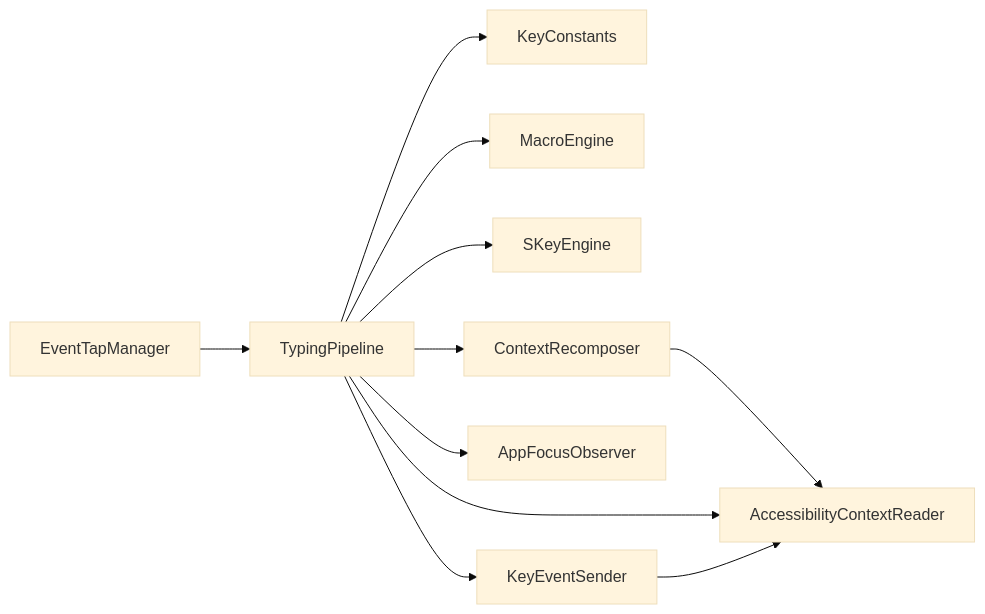
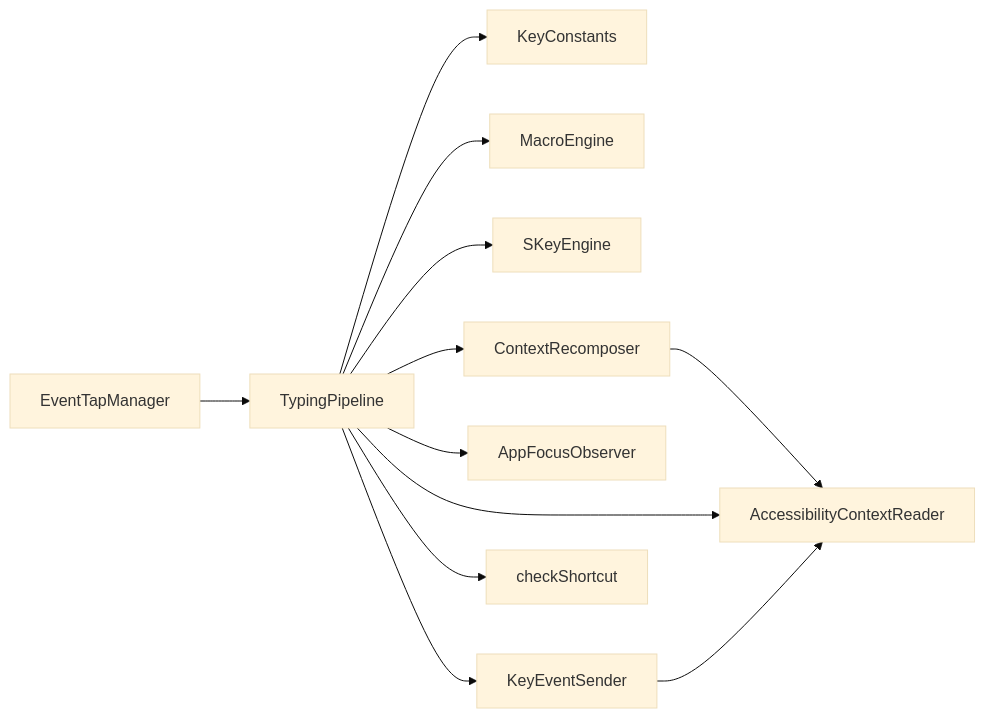
The sixth of 6 diagrams in .qoder/repowiki/en/content/macOS Application/Keyboard Event Handling/Keyboard Event Handling.md (Nam088/skey), drawn with Mermaid (base theme) before and after one commit. The commit also changed other lines of this file and 84 other files, not shown here.

````diff
--- a/.qoder/repowiki/en/content/macOS Application/Keyboard Event Handling/Keyboard Event Handling.md
+++ b/.qoder/repowiki/en/content/macOS Application/Keyboard Event Handling/Keyboard Event Handling.md
@@ -301,13 +357,14 @@
 ```mermaid
 graph LR
 ETM["EventTapManager"] --> TP["TypingPipeline"]
 TP --> KE["KeyConstants"]
 TP --> ME["MacroEngine"]
 TP --> SE["SKeyEngine"]
 TP --> CR["ContextRecomposer"]
 CR --> ACR["AccessibilityContextReader"]
 TP --> ACR
 TP --> AFO["AppFocusObserver"]
 TP --> KES["KeyEventSender"]
+TP --> CS["checkShortcut"]
 KES --> ACR
 ```
````
